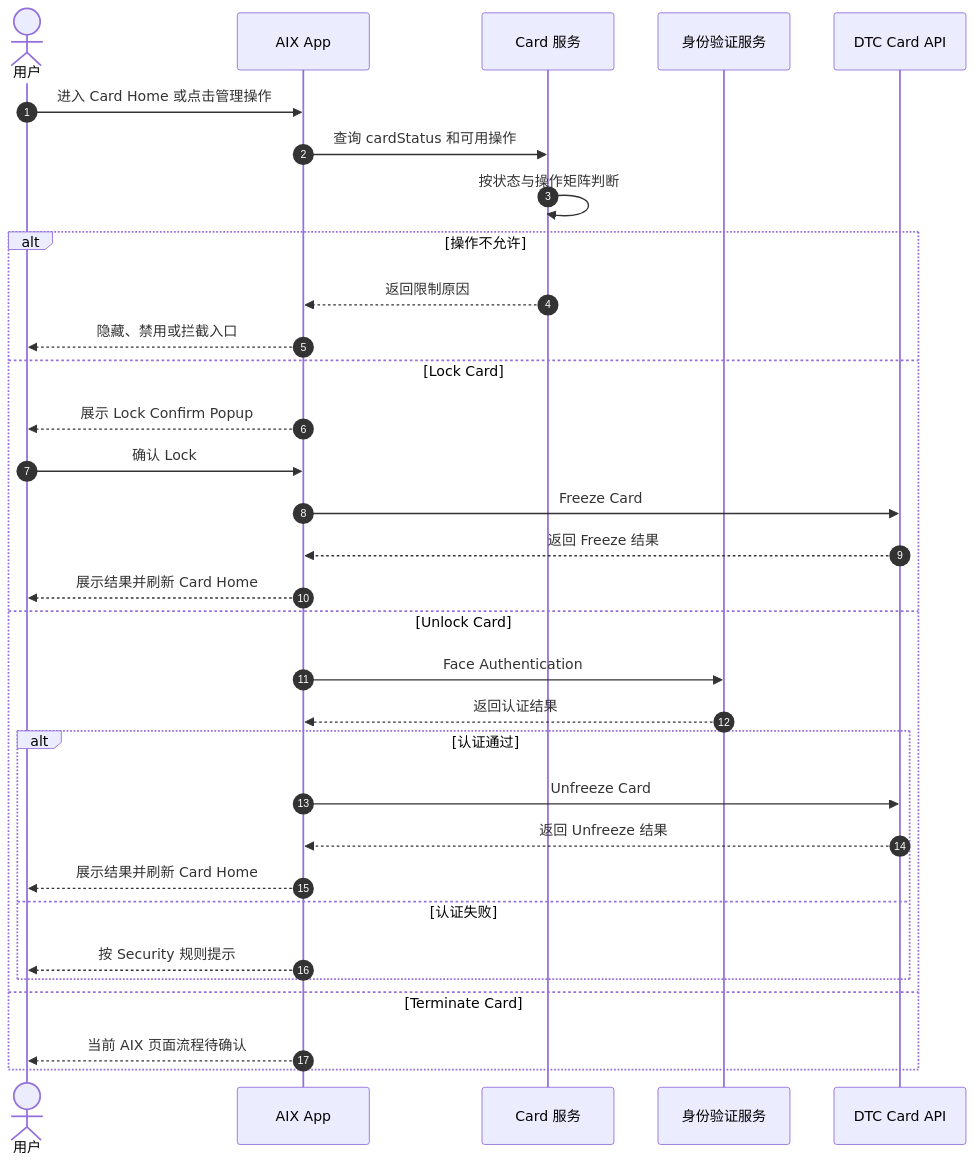
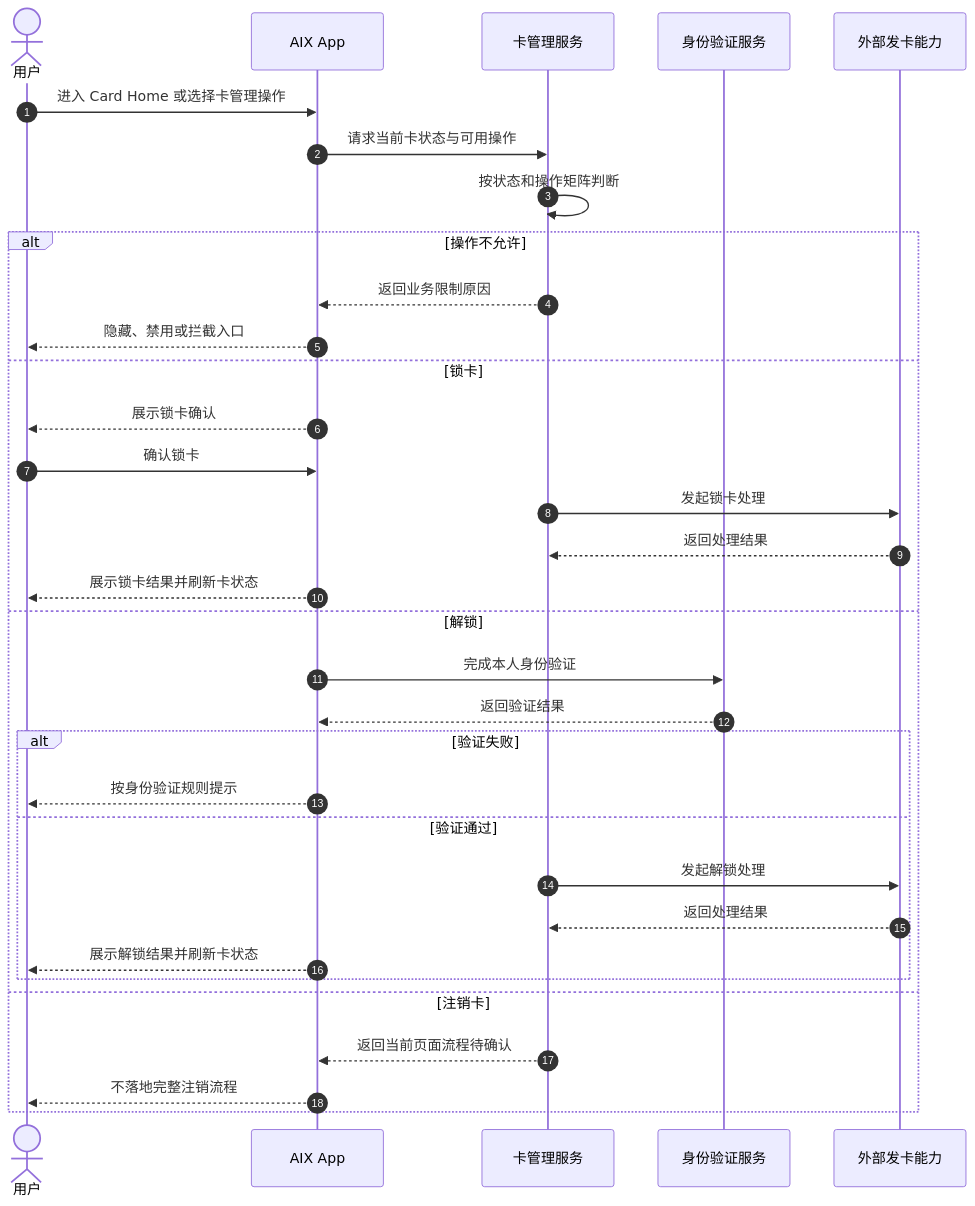
The first of 2 diagrams in knowledge-base/card/manage/status-and-operations.md (kelvin381539960-cyber/prd-for-ai), drawn with Mermaid before and after one commit.

Commit message:
Make status operations sequence diagram business-oriented

````diff
--- a/knowledge-base/card/manage/status-and-operations.md
+++ b/knowledge-base/card/manage/status-and-operations.md
@@ -63,35 +63,36 @@
 ```mermaid
 sequenceDiagram
     autonumber
     actor 用户
     participant App as AIX App
-    participant Card as Card 服务
+    participant Card as 卡管理服务
     participant Security as 身份验证服务
-    participant DTC as DTC Card API
+    participant External as 外部发卡能力
 
-    用户->>App: 进入 Card Home 或点击管理操作
-    App->>Card: 查询 cardStatus 和可用操作
-    Card->>Card: 按状态与操作矩阵判断
+    用户->>App: 进入 Card Home 或选择卡管理操作
+    App->>Card: 请求当前卡状态与可用操作
+    Card->>Card: 按状态和操作矩阵判断
     alt 操作不允许
-        Card-->>App: 返回限制原因
+        Card-->>App: 返回业务限制原因
         App-->>用户: 隐藏、禁用或拦截入口
-    else Lock Card
-        App-->>用户: 展示 Lock Confirm Popup
-        用户->>App: 确认 Lock
-        App->>DTC: Freeze Card
-        DTC-->>App: 返回 Freeze 结果
-        App-->>用户: 展示结果并刷新 Card Home
-    else Unlock Card
-        App->>Security: Face Authentication
-        Security-->>App: 返回认证结果
-        alt 认证通过
-            App->>DTC: Unfreeze Card
-            DTC-->>App: 返回 Unfreeze 结果
-            App-->>用户: 展示结果并刷新 Card Home
-        else 认证失败
-            App-->>用户: 按 Security 规则提示
+    else 锁卡
+        App-->>用户: 展示锁卡确认
+        用户->>App: 确认锁卡
+        Card->>External: 发起锁卡处理
+        External-->>Card: 返回处理结果
+        App-->>用户: 展示锁卡结果并刷新卡状态
+    else 解锁
+        App->>Security: 完成本人身份验证
+        Security-->>App: 返回验证结果
+        alt 验证失败
+            App-->>用户: 按身份验证规则提示
+        else 验证通过
+            Card->>External: 发起解锁处理
+            External-->>Card: 返回处理结果
+            App-->>用户: 展示解锁结果并刷新卡状态
         end
-    else Terminate Card
-        App-->>用户: 当前 AIX 页面流程待确认
+    else 注销卡
+        Card-->>App: 返回当前页面流程待确认
+        App-->>用户: 不落地完整注销流程
     end
 ```
````
